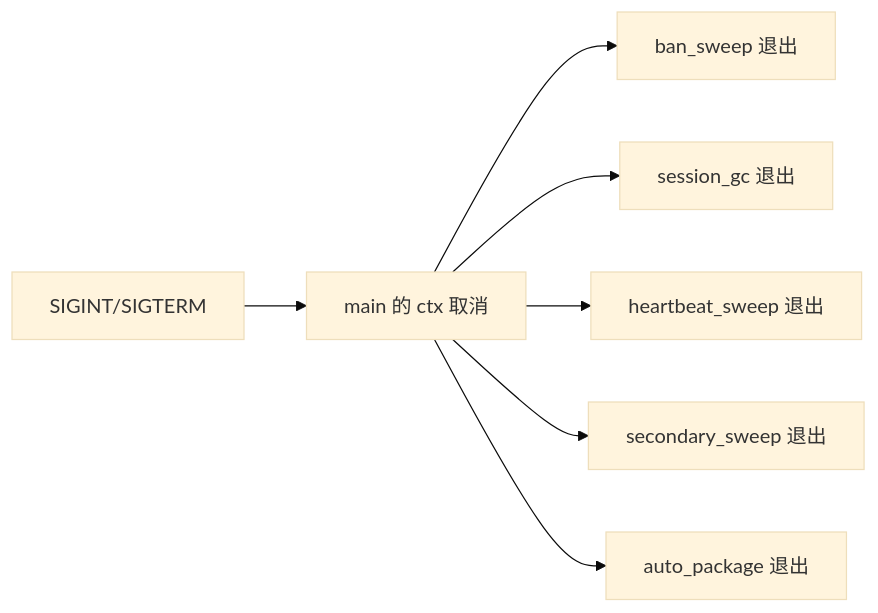
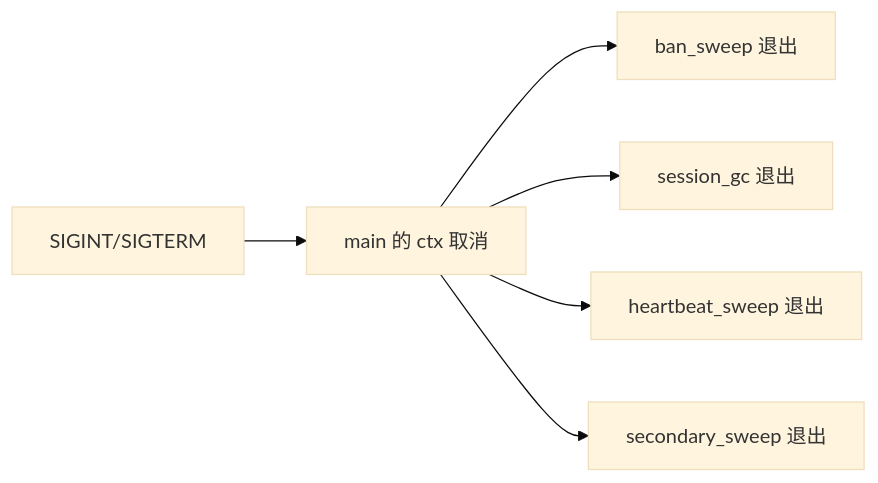
One commit to MagirecoCN-Revival-Project/magireco-cnv-docs changed the second of 2 diagrams in contributing/server/scheduler.md. Above: the diagram before and after it, drawn with Mermaid (base theme). The commit also changed other lines of this file and 25 other files, not shown here.

````diff
--- a/contributing/server/scheduler.md
+++ b/contributing/server/scheduler.md
@@ -69,9 +67,8 @@
 ```mermaid
 flowchart LR
     SIG["SIGINT/SIGTERM"] --> CANCEL["main 的 ctx 取消"]
     CANCEL --> D1["ban_sweep 退出"]
     CANCEL --> D2["session_gc 退出"]
     CANCEL --> D3["heartbeat_sweep 退出"]
     CANCEL --> D4["secondary_sweep 退出"]
-    CANCEL --> D5["auto_package 退出"]
 ```
````
